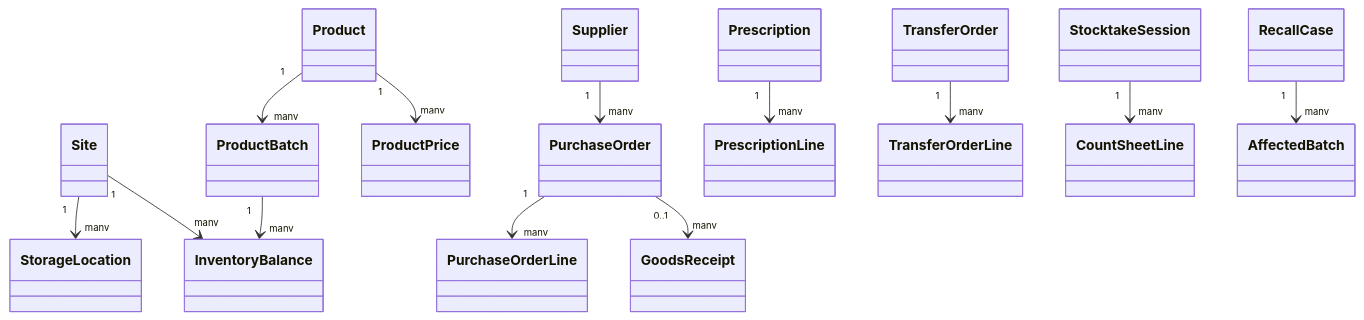
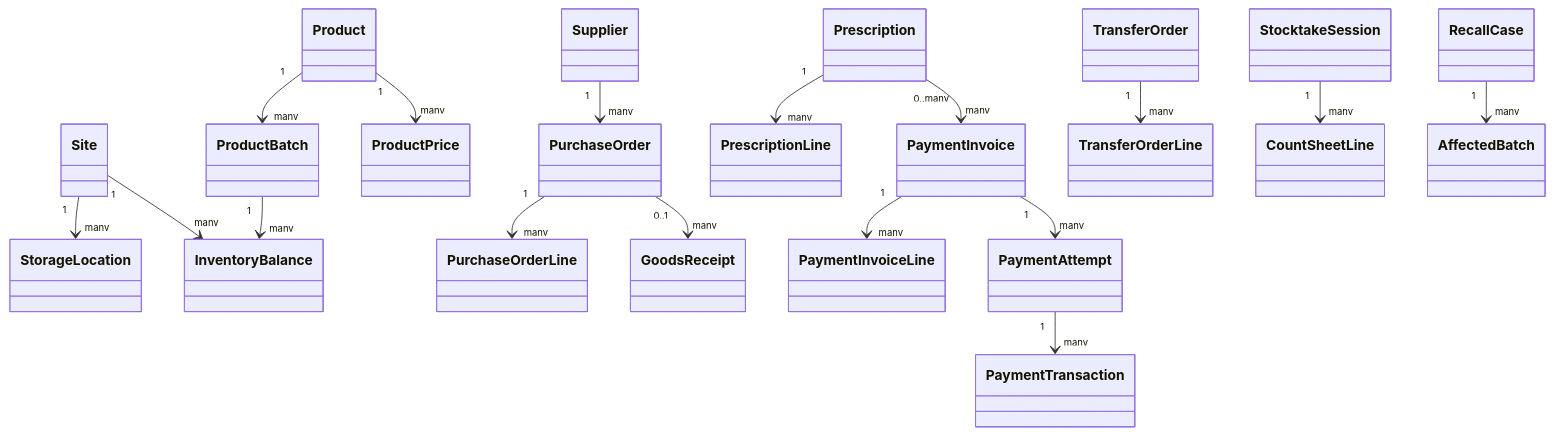
The sixth of 7 diagrams in docs/Architecture.md (nielpattin/PharmacyCentral), drawn with Mermaid before and after one commit. The commit also changed other lines of this file and 58 other files, not shown here.

Commit message:
feat(payments): add invoice payment workflow

````diff
--- a/docs/Architecture.md
+++ b/docs/Architecture.md
@@ -196,15 +206,19 @@
 ```mermaid
 classDiagram
     Site "1" --> "many" StorageLocation
     Site "1" --> "many" InventoryBalance
     Product "1" --> "many" ProductBatch
     ProductBatch "1" --> "many" InventoryBalance
     Product "1" --> "many" ProductPrice
     Supplier "1" --> "many" PurchaseOrder
     PurchaseOrder "1" --> "many" PurchaseOrderLine
     PurchaseOrder "0..1" --> "many" GoodsReceipt
     Prescription "1" --> "many" PrescriptionLine
+    Prescription "0..many" --> "many" PaymentInvoice
+    PaymentInvoice "1" --> "many" PaymentInvoiceLine
+    PaymentInvoice "1" --> "many" PaymentAttempt
+    PaymentAttempt "1" --> "many" PaymentTransaction
     TransferOrder "1" --> "many" TransferOrderLine
     StocktakeSession "1" --> "many" CountSheetLine
     RecallCase "1" --> "many" AffectedBatch
 ```
````
